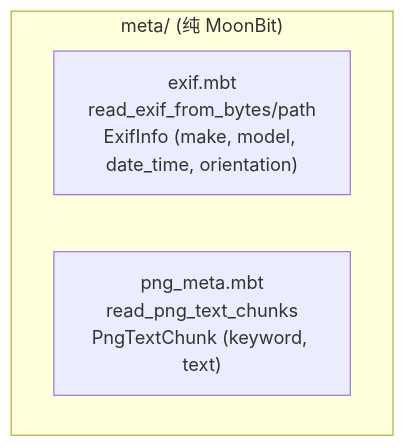
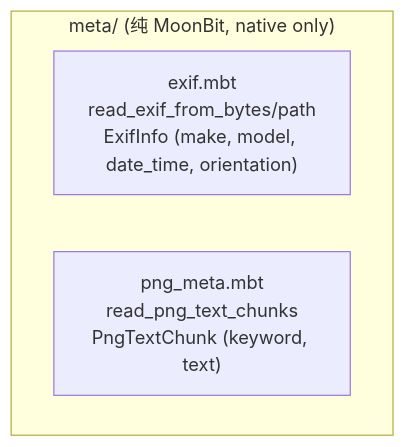
One commit to toadium/stb-image changed the eighth of 14 diagrams in docs/architecture.md. Above: the diagram before and after it, drawn with Mermaid. The commit also changed other lines of this file and 4 other files, not shown here.

````diff
--- a/docs/architecture.md
+++ b/docs/architecture.md
@@ -323,7 +326,7 @@
 ```mermaid
 flowchart TB
-    subgraph MetaPkg["meta/ (纯 MoonBit)"]
+    subgraph MetaPkg["meta/ (纯 MoonBit, native only)"]
         EXIF["exif.mbt<br/>read_exif_from_bytes/path<br/>ExifInfo (make, model, date_time, orientation)"]
         PNG["png_meta.mbt<br/>read_png_text_chunks<br/>PngTextChunk (keyword, text)"]
     end
 ```
````
